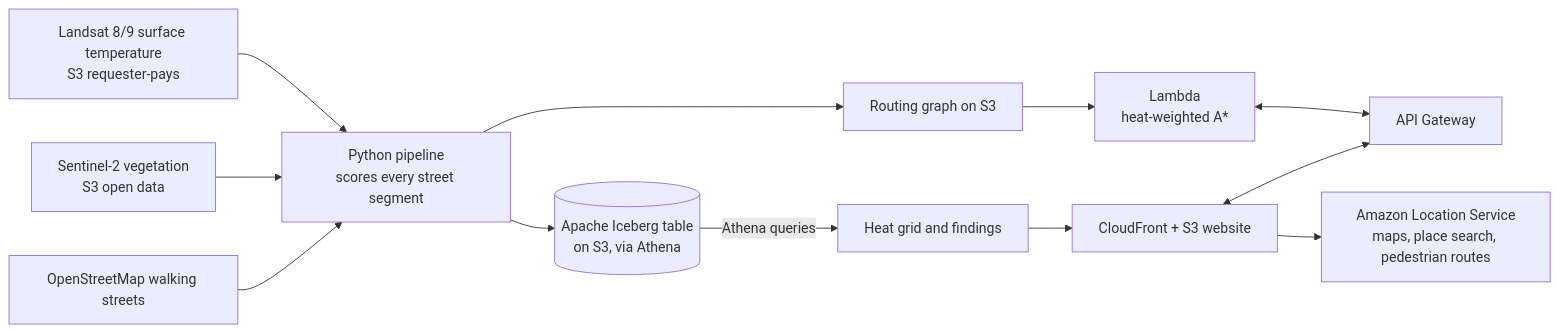
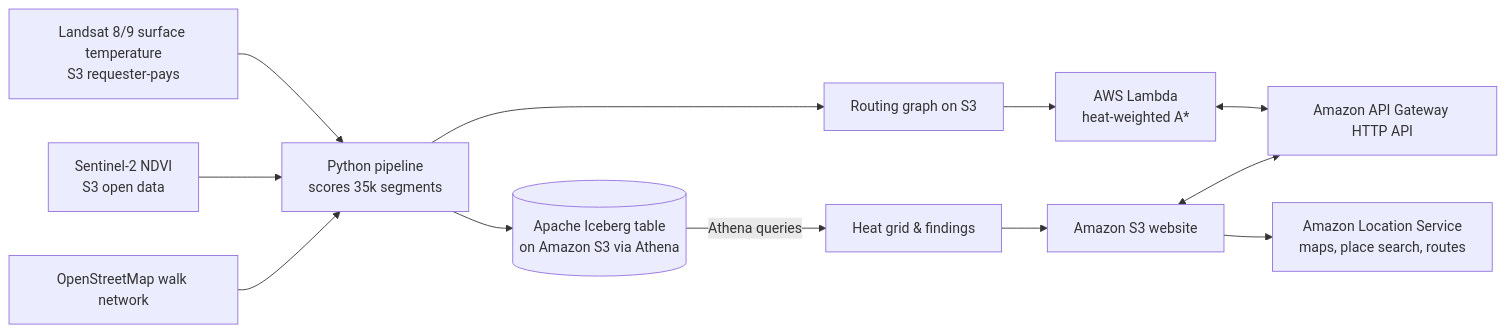
Before and after one commit to Kaltroniz/CoolWalk: the diagram in README.md, drawn with Mermaid. The commit also changed other lines of this file and 17 other files, not shown here.

Commit message:
Complete CoolWalk: live data pipeline, Athena Iceberg table, screenshots, and submission materials

````diff
--- a/README.md
+++ b/README.md
@@ -9,14 +14,14 @@
 ```mermaid
 flowchart LR
-  L8[Landsat 8/9 surface temperature<br/>S3 requester-pays] --> P
-  S2[Sentinel-2 vegetation<br/>S3 open data] --> P
-  OSM[OpenStreetMap walking streets] --> P
-  P[Python pipeline<br/>scores every street segment] --> ICE[(Apache Iceberg table<br/>on S3, via Athena)]
-  ICE -->|Athena queries| GRID[Heat grid and findings]
-  P --> G[Routing graph on S3]
-  G --> LAM[Lambda<br/>heat-weighted A*]
-  GRID --> SITE[CloudFront + S3 website]
-  LAM <--> API[API Gateway]
+  L8[Landsat 8/9 surface temperature<br/>S3 requester-pays] --> P[Python pipeline<br/>scores 35k segments]
+  S2[Sentinel-2 NDVI<br/>S3 open data] --> P
+  OSM[OpenStreetMap walk network] --> P
+  P --> ICE[(Apache Iceberg table<br/>on Amazon S3 via Athena)]
+  ICE -->|Athena queries| ASSETS[Heat grid & findings]
+  P --> GRAPH[Routing graph on S3]
+  GRAPH --> LAM[AWS Lambda<br/>heat-weighted A*]
+  ASSETS --> SITE[Amazon S3 website]
+  LAM <--> API[Amazon API Gateway HTTP API]
   SITE <--> API
-  SITE --> ALS[Amazon Location Service<br/>maps, place search, pedestrian routes]
+  SITE --> ALS[Amazon Location Service<br/>maps, place search, routes]
 ```
````
